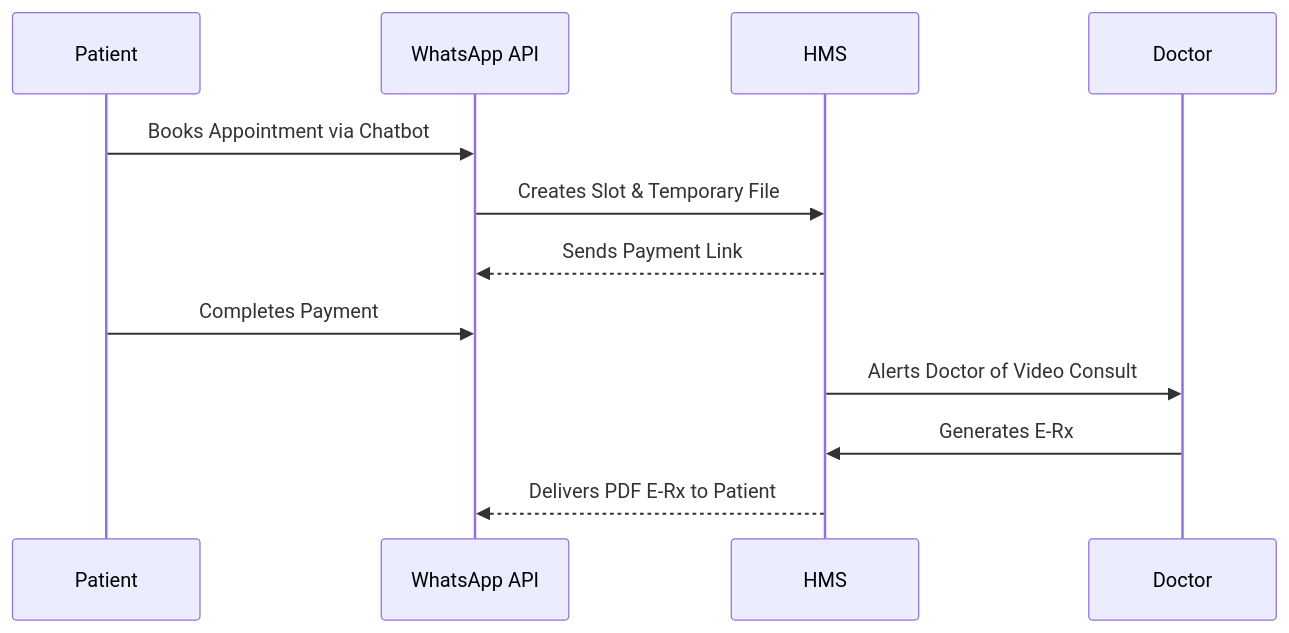
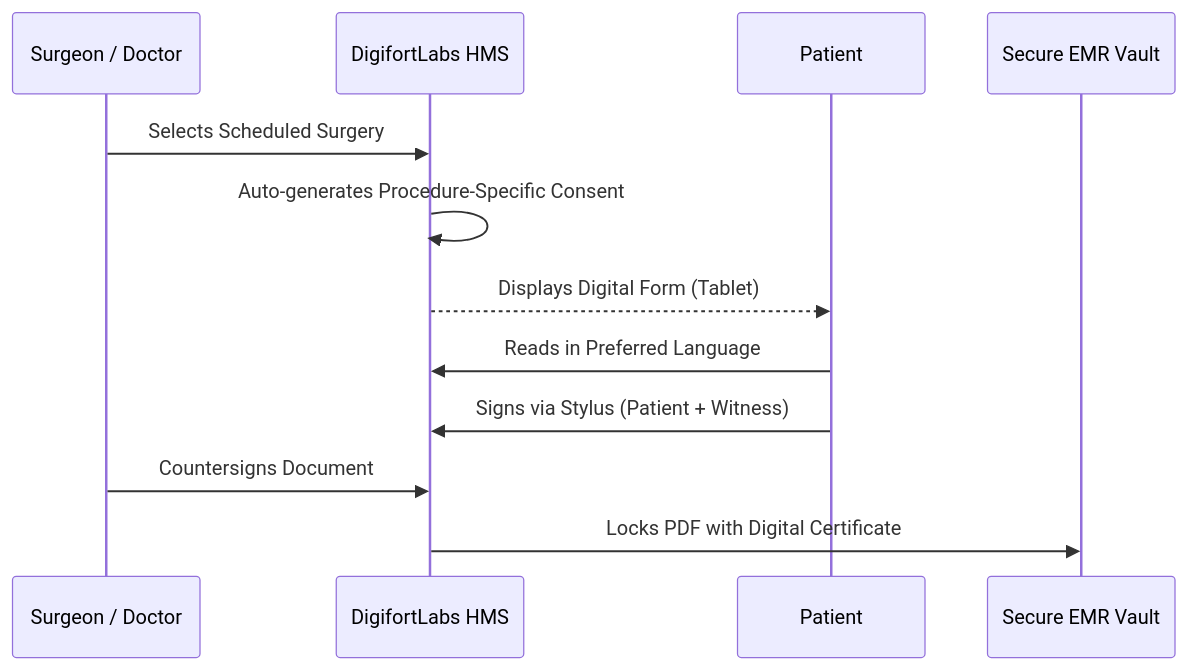
One commit to digifortlabs/digifortlabs changed the second of 2 diagrams in document/chapter_7.md. Above: the diagram before and after it, drawn with Mermaid. The commit also changed other lines of this file and 102 other files, not shown here.

````diff
--- a/document/chapter_7.md
+++ b/document/chapter_7.md
@@ -19,15 +70,15 @@
 ```mermaid
 sequenceDiagram
+    participant Doc as Surgeon / Doctor
+    participant System as DigifortLabs HMS
     participant Patient
-    participant WhatsApp API
-    participant HMS
-    participant Doctor
+    participant Vault as Secure EMR Vault
 
-    Patient->>WhatsApp API: Books Appointment via Chatbot
-    WhatsApp API->>HMS: Creates Slot & Temporary File
-    HMS-->>WhatsApp API: Sends Payment Link
-    Patient->>WhatsApp API: Completes Payment
-    HMS->>Doctor: Alerts Doctor of Video Consult
-    Doctor->>HMS: Generates E-Rx
-    HMS-->>WhatsApp API: Delivers PDF E-Rx to Patient
+    Doc->>System: Selects Scheduled Surgery
+    System->>System: Auto-generates Procedure-Specific Consent
+    System-->>Patient: Displays Digital Form (Tablet)
+    Patient->>System: Reads in Preferred Language
+    Patient->>System: Signs via Stylus (Patient + Witness)
+    Doc->>System: Countersigns Document
+    System->>Vault: Locks PDF with Digital Certificate
 ```
````
